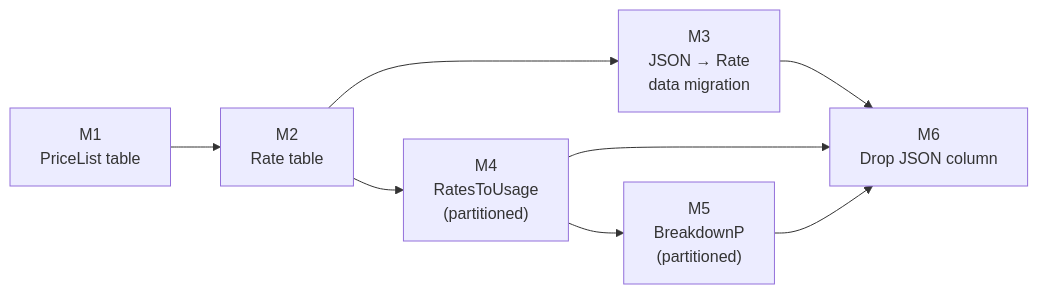
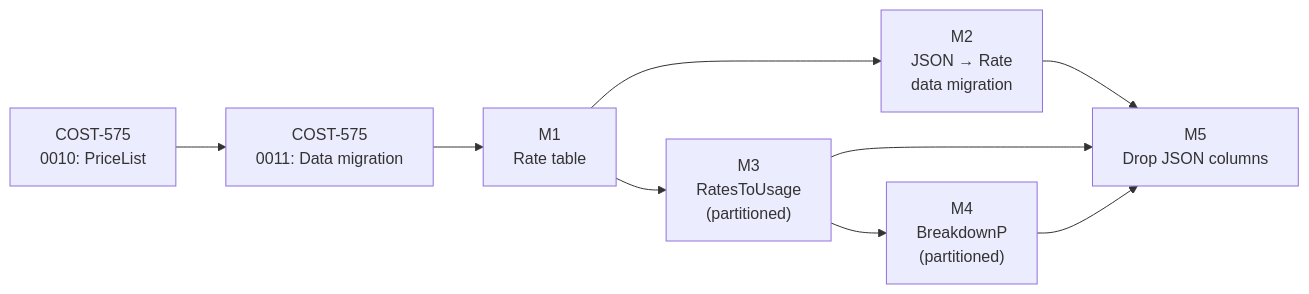
Before and after one commit to project-koku/koku: the second of 2 diagrams in docs/architecture/cost-breakdown/data-model.md, drawn with Mermaid. The commit also changed other lines of this file and 7 other files, not shown here.

First line of the commit message:
docs: align cost breakdown Phase 1 with COST-575 and close all concerns

````diff
--- a/docs/architecture/cost-breakdown/data-model.md
+++ b/docs/architecture/cost-breakdown/data-model.md
@@ -767,10 +859,11 @@
 ```mermaid
 graph LR
-    M1["M1<br/>PriceList table"] --> M2["M2<br/>Rate table"]
-    M2 --> M3["M3<br/>JSON → Rate<br/>data migration"]
-    M2 --> M4["M4<br/>RatesToUsage<br/>(partitioned)"]
-    M4 --> M5["M5<br/>BreakdownP<br/>(partitioned)"]
-    M3 --> M6["M6<br/>Drop JSON column"]
-    M4 --> M6
-    M5 --> M6
+    C575_0010["COST-575<br/>0010: PriceList"] --> C575_0011["COST-575<br/>0011: Data migration"]
+    C575_0011 --> M1["M1<br/>Rate table"]
+    M1 --> M2["M2<br/>JSON → Rate<br/>data migration"]
+    M1 --> M3["M3<br/>RatesToUsage<br/>(partitioned)"]
+    M3 --> M4["M4<br/>BreakdownP<br/>(partitioned)"]
+    M2 --> M5["M5<br/>Drop JSON columns"]
+    M3 --> M5
+    M4 --> M5
 ```
````
